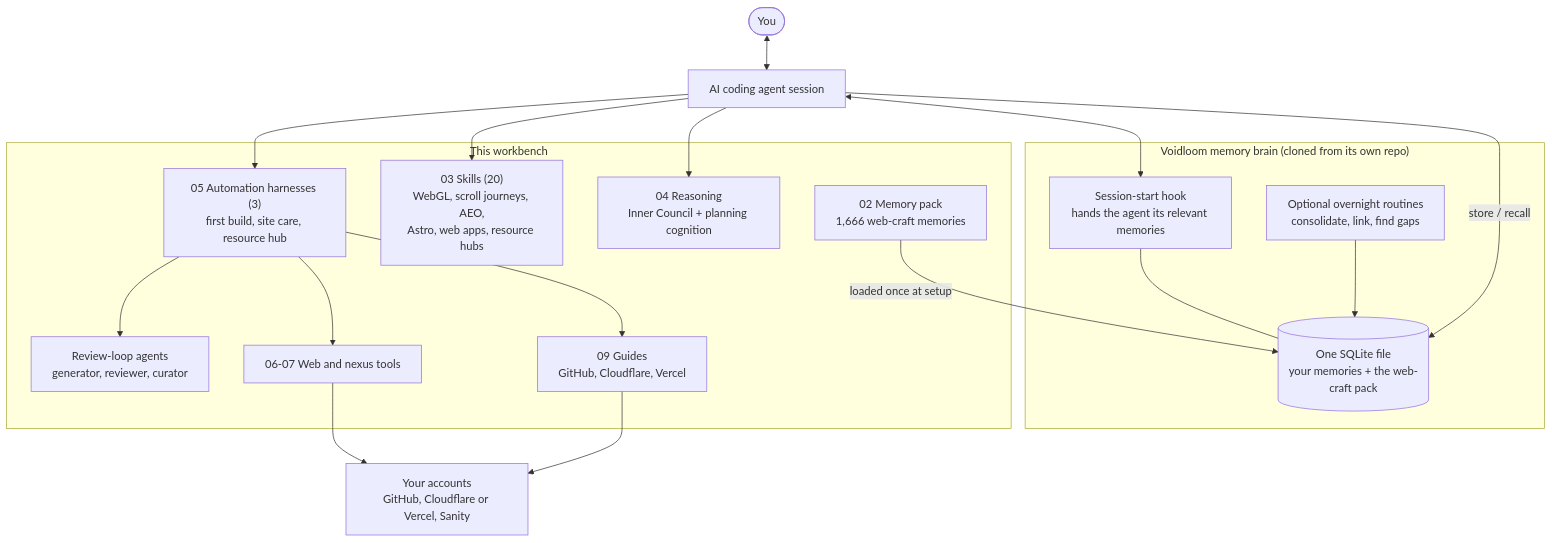
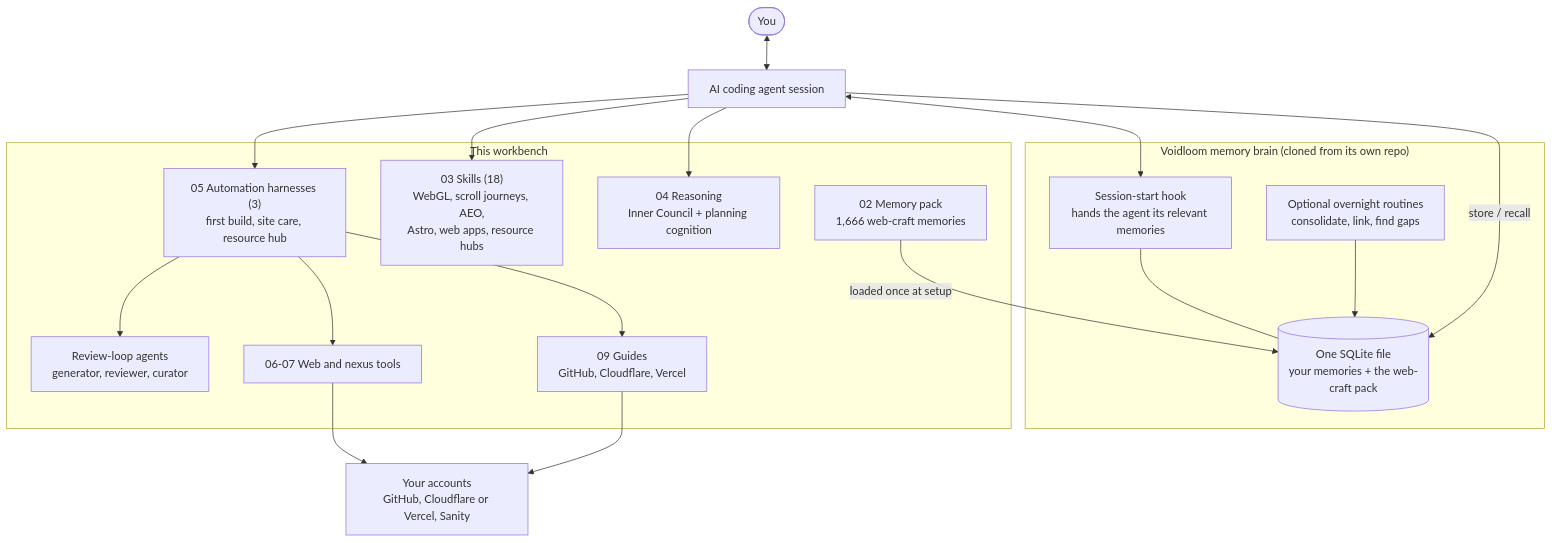
Before and after one commit to void-wright/webdev-workbench: the first of 3 diagrams in README.md, drawn with Mermaid. The commit also changed 2 other files, not shown here.

Commit message:
README diagram: skills count 18, matching the prose and tables
Claude-Session: https://claude.ai/code/session_01RhLXD1P1uwcBbNVT4hPSEF

````diff
--- a/README.md
+++ b/README.md
@@ -66,35 +66,35 @@
 ```mermaid
 flowchart TB
     you(["You"]) <--> cc["AI coding agent session"]
 
     subgraph brain["Voidloom memory brain (cloned from its own repo)"]
         hook["Session-start hook<br/>hands the agent its relevant memories"]
         db[("One SQLite file<br/>your memories + the web-craft pack")]
         organs["Optional overnight routines<br/>consolidate, link, find gaps"]
         hook --- db
         organs --> db
     end
 
     subgraph kit["This workbench"]
         pack["02 Memory pack<br/>1,666 web-craft memories"]
-        skills["03 Skills (20)<br/>WebGL, scroll journeys, AEO,<br/>Astro, web apps, resource hubs"]
+        skills["03 Skills (18)<br/>WebGL, scroll journeys, AEO,<br/>Astro, web apps, resource hubs"]
         reason["04 Reasoning<br/>Inner Council + planning cognition"]
         autos["05 Automation harnesses (3)<br/>first build, site care, resource hub"]
         agents["Review-loop agents<br/>generator, reviewer, curator"]
         tools["06-07 Web and nexus tools"]
         guides["09 Guides<br/>GitHub, Cloudflare, Vercel"]
     end
 
     cc <--> hook
     cc -- "store / recall" --> db
     pack -- "loaded once at setup" --> db
     cc --> skills
     cc --> reason
     cc --> autos
     autos --> agents
     autos --> tools
     autos --> guides
 
     tools --> hosts["Your accounts<br/>GitHub, Cloudflare or Vercel, Sanity"]
     guides --> hosts
 ```
````
